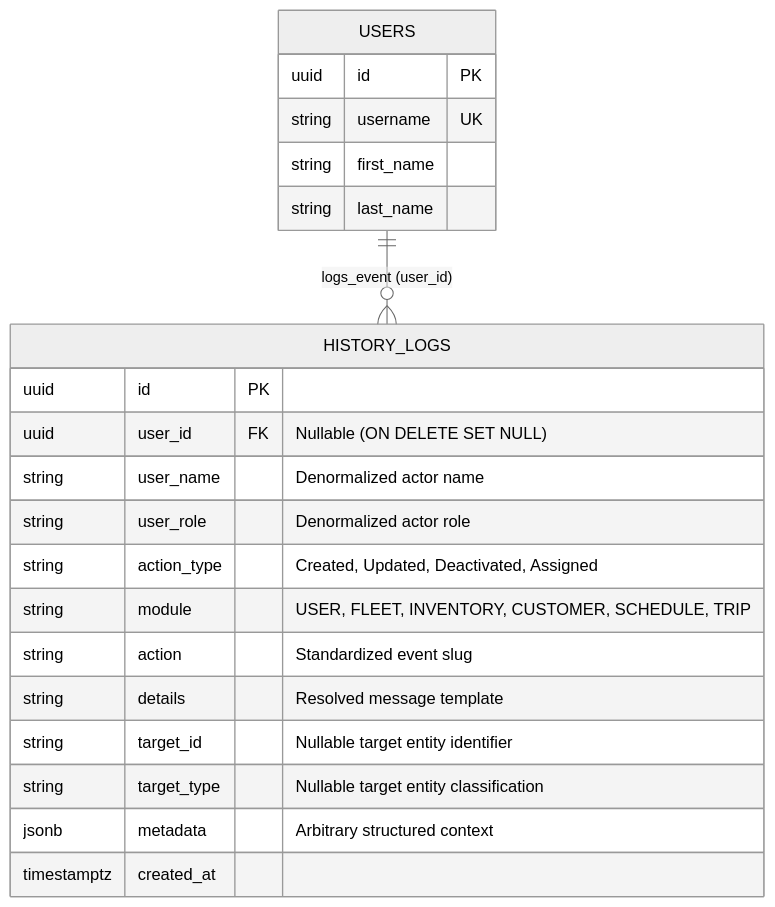
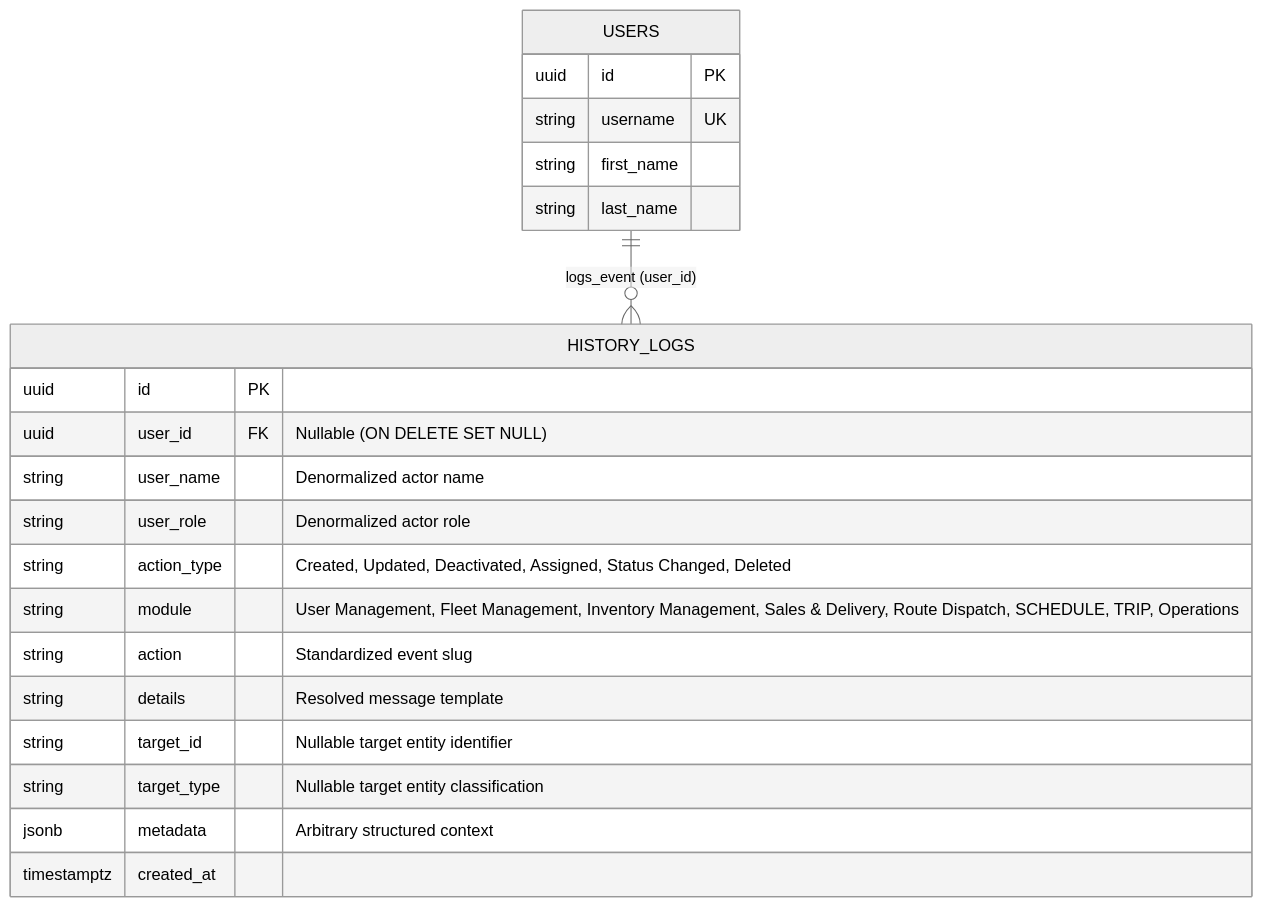
The diagram in docs/ERD_mermaid/system_history_logs_erd.md (madayawgas/madayawgas-backend), drawn with Mermaid before and after one commit. The commit also changed other lines of this file and 35 other files, not shown here.

````diff
--- a/docs/ERD_mermaid/system_history_logs_erd.md
+++ b/docs/ERD_mermaid/system_history_logs_erd.md
@@ -14,42 +14,42 @@
 ```mermaid
 ---
 config:
   layout: elk
   theme: neutral
 ---
 
 erDiagram
 
     %% ==========================================
     %% SYSTEM HISTORY LOGS TABLE
     %% ==========================================
 
     USERS {
         uuid id PK
         string username UK
         string first_name
         string last_name
     }
 
     HISTORY_LOGS {
         uuid id PK
         uuid user_id FK "Nullable (ON DELETE SET NULL)"
         string user_name "Denormalized actor name"
         string user_role "Denormalized actor role"
-        string action_type "Created, Updated, Deactivated, Assigned"
-        string module "USER, FLEET, INVENTORY, CUSTOMER, SCHEDULE, TRIP"
+        string action_type "Created, Updated, Deactivated, Assigned, Status Changed, Deleted"
+        string module "User Management, Fleet Management, Inventory Management, Sales & Delivery, Route Dispatch, SCHEDULE, TRIP, Operations"
         string action "Standardized event slug"
         string details "Resolved message template"
         string target_id "Nullable target entity identifier"
         string target_type "Nullable target entity classification"
         jsonb metadata "Arbitrary structured context"
         timestamptz created_at
     }
 
 
     %% ==========================================
     %% RELATIONSHIPS
     %% ==========================================
 
     USERS ||--o{ HISTORY_LOGS : "logs_event (user_id)"
 ```
````
